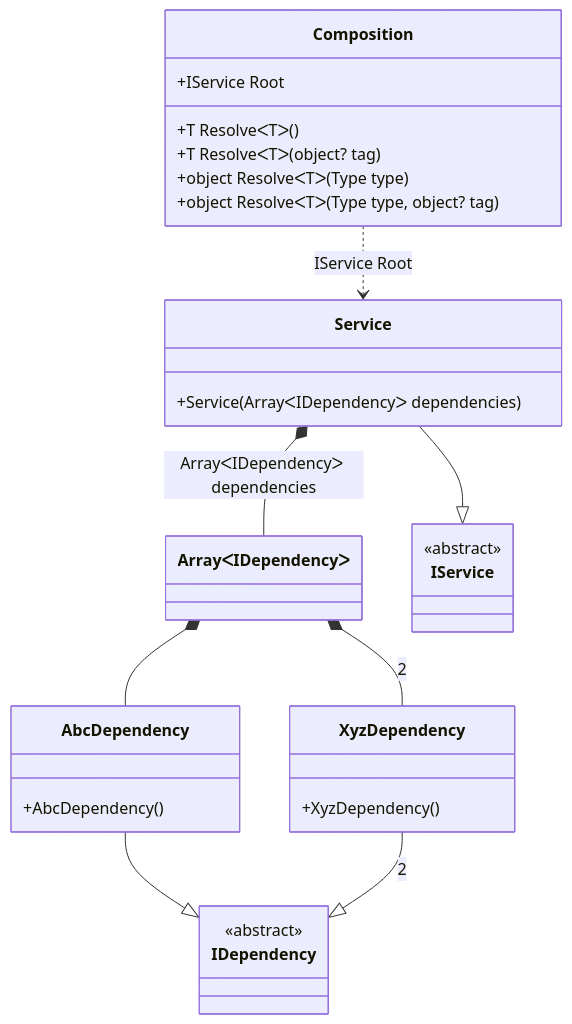
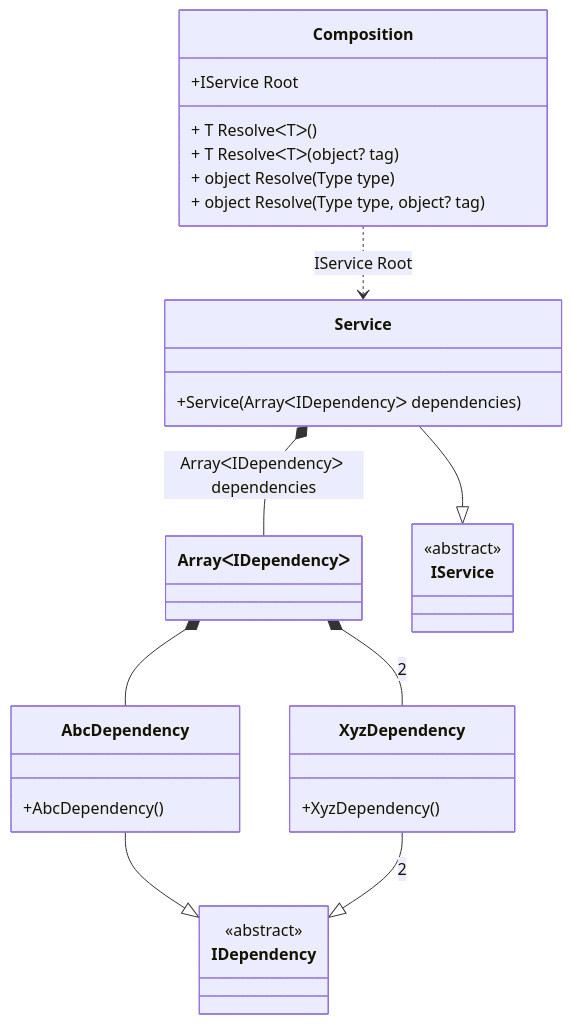
The diagram in readme/array.md (DevTeam/Pure.DI), drawn with Mermaid before and after one commit. The commit also changed other lines of this file and 67 other files, not shown here.

````diff
--- a/readme/array.md
+++ b/readme/array.md
@@ -44,33 +44,33 @@
 ```mermaid
 classDiagram
   class Composition {
     +IService Root
-    +T ResolveᐸTᐳ()
-    +T ResolveᐸTᐳ(object? tag)
-    +object ResolveᐸTᐳ(Type type)
-    +object ResolveᐸTᐳ(Type type, object? tag)
+    + T ResolveᐸTᐳ()
+    + T ResolveᐸTᐳ(object? tag)
+    + object Resolve(Type type)
+    + object Resolve(Type type, object? tag)
   }
   class ArrayᐸIDependencyᐳ
   Service --|> IService : 
   class Service {
     +Service(ArrayᐸIDependencyᐳ dependencies)
   }
   AbcDependency --|> IDependency : 
   class AbcDependency {
     +AbcDependency()
   }
   XyzDependency --|> IDependency : 2 
   class XyzDependency {
     +XyzDependency()
   }
   class IService {
     <<abstract>>
   }
   class IDependency {
     <<abstract>>
   }
   ArrayᐸIDependencyᐳ *--  AbcDependency : 
   ArrayᐸIDependencyᐳ *--  XyzDependency : 2  
   Service *--  ArrayᐸIDependencyᐳ : ArrayᐸIDependencyᐳ dependencies
   Composition ..> Service : IService Root
 ```
````
